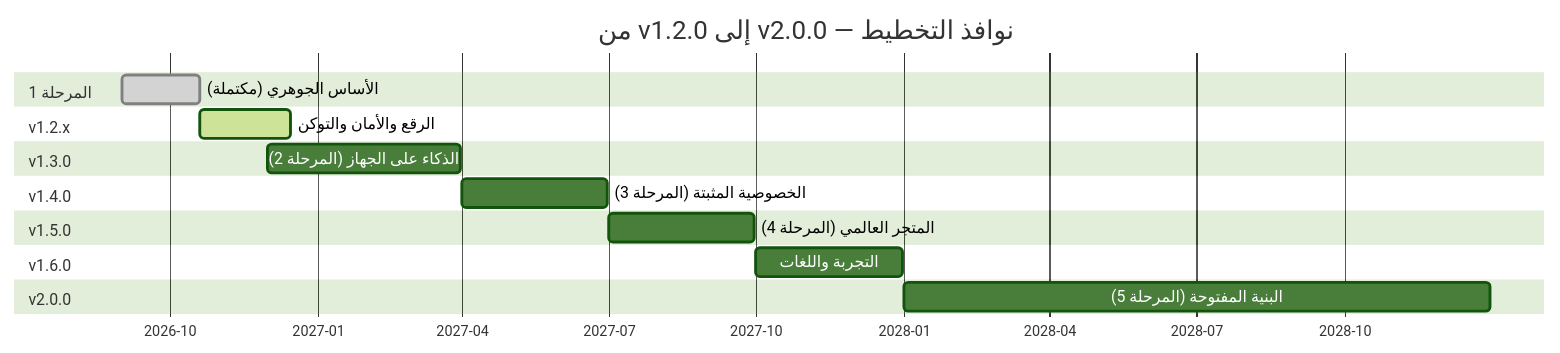
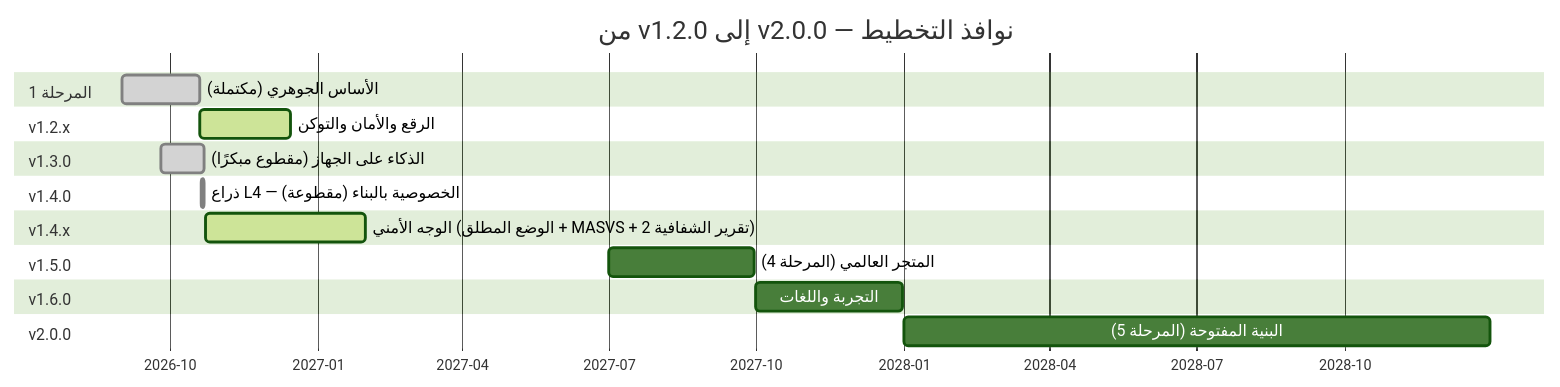
Before and after one commit to CTO-DRS/DRS-Smart-Keyboard: the second of 2 diagrams in docs/ROADMAP.md, drawn with Mermaid (forest theme). The commit also changed other lines of this file and 7 other files, not shown here.

````diff
--- a/docs/ROADMAP.md
+++ b/docs/ROADMAP.md
@@ -131,20 +133,22 @@
 ```mermaid
 gantt
     title من v1.2.0 إلى v2.0.0 — نوافذ التخطيط
     dateFormat  YYYY-MM-DD
     axisFormat  %Y-%m
     section المرحلة 1
     الأساس الجوهري (مكتملة)        :done, p1, 2026-09-01, 2026-10-19
     section v1.2.x
     الرقع والأمان والتوكن          :active, p12, 2026-10-19, 2026-12-15
     section v1.3.0
-    الذكاء على الجهاز (المرحلة 2)  :p13, 2026-12-01, 2027-03-31
+    الذكاء على الجهاز (مقطوع مبكرًا)  :done, p13, 2026-09-25, 2026-10-22
     section v1.4.0
-    الخصوصية المثبتة (المرحلة 3)   :p14, 2027-04-01, 2027-06-30
+    ذراع L4 — الخصوصية بالبناء (مقطوعة)  :done, p14, 2026-10-20, 2026-10-22
+    section v1.4.x
+    الوجه الأمني (الوضع المطلق + MASVS + تقرير الشفافية 2)  :active, p14x, 2026-10-23, 2027-01-31
     section v1.5.0
     المتجر العالمي (المرحلة 4)     :p15, 2027-07-01, 2027-09-30
     section v1.6.0
     التجربة واللغات                :p16, 2027-10-01, 2027-12-31
     section v2.0.0
     البنية المفتوحة (المرحلة 5)    :p20, 2028-01-01, 2028-12-31
 ```
````
